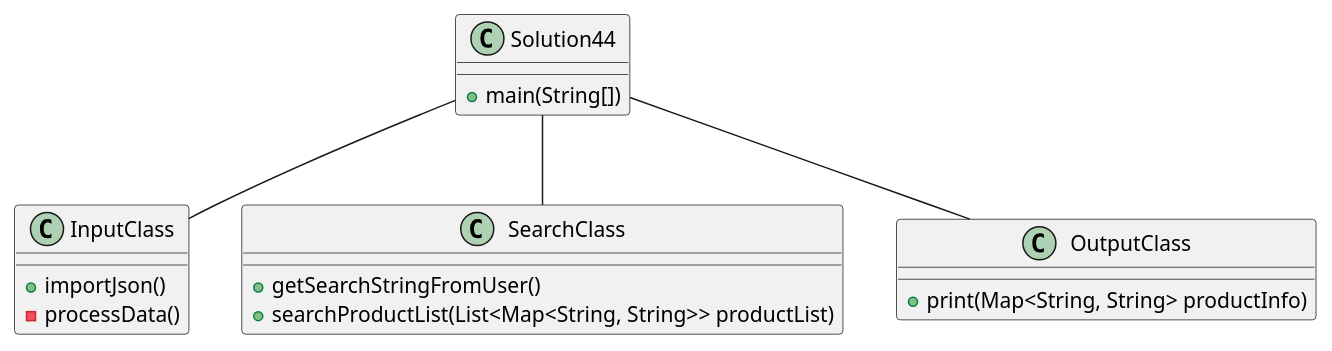
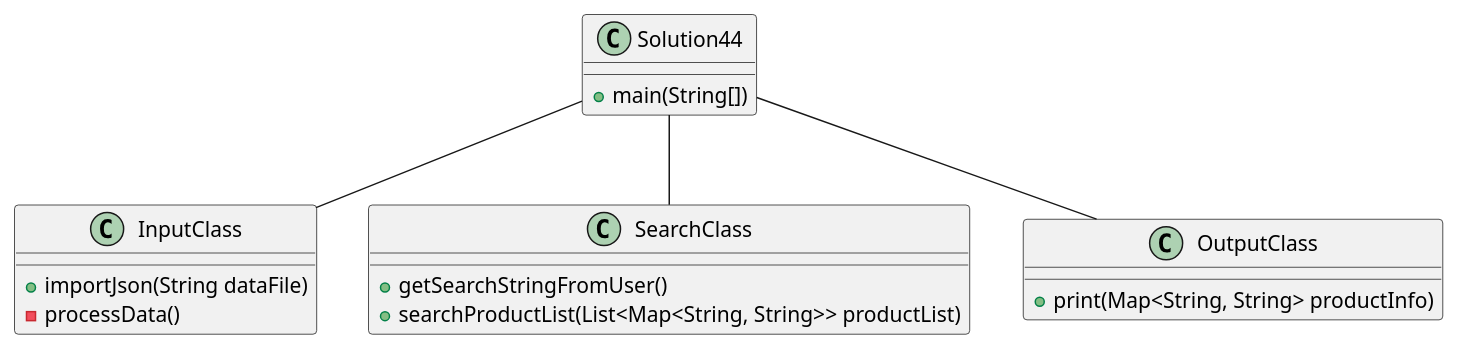
Before and after one commit to BlakeLoch/lochmandy-a04: the diagram in exercise44/docs/Class Diagram.puml, drawn with PlantUML. The commit also changed 7 other files, not shown here.

```diff
--- a/exercise44/docs/Class Diagram.puml
+++ b/exercise44/docs/Class Diagram.puml
@@ -1,25 +1,25 @@
 @startuml
 
 class InputClass {
-  +importJson()
+  +importJson(String dataFile)
   -processData()
 }
 
 class SearchClass {
   +getSearchStringFromUser()
   +searchProductList(List<Map<String, String>> productList)
 }
 
 class OutputClass {
   +print(Map<String, String> productInfo)
 }
 
 class Solution44 {
 +main(String[])
 }
 
 Solution44 -- InputClass
 Solution44 -- SearchClass
 Solution44 -- OutputClass
 
 @enduml
```
